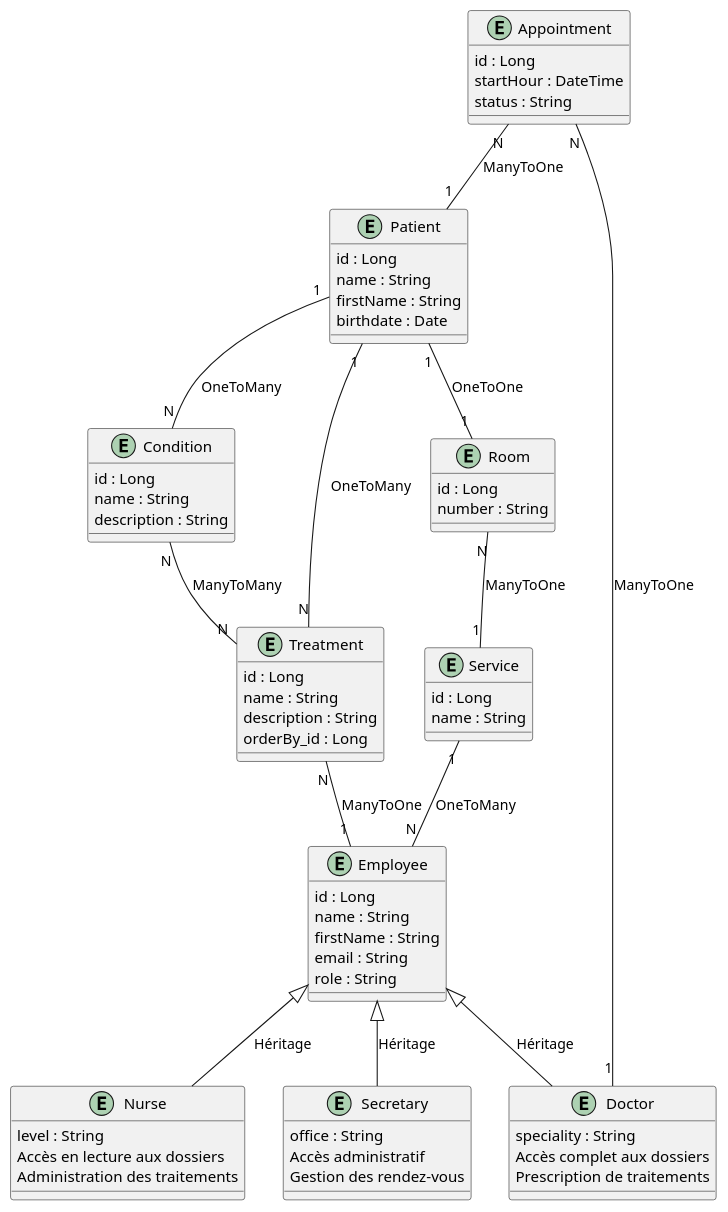
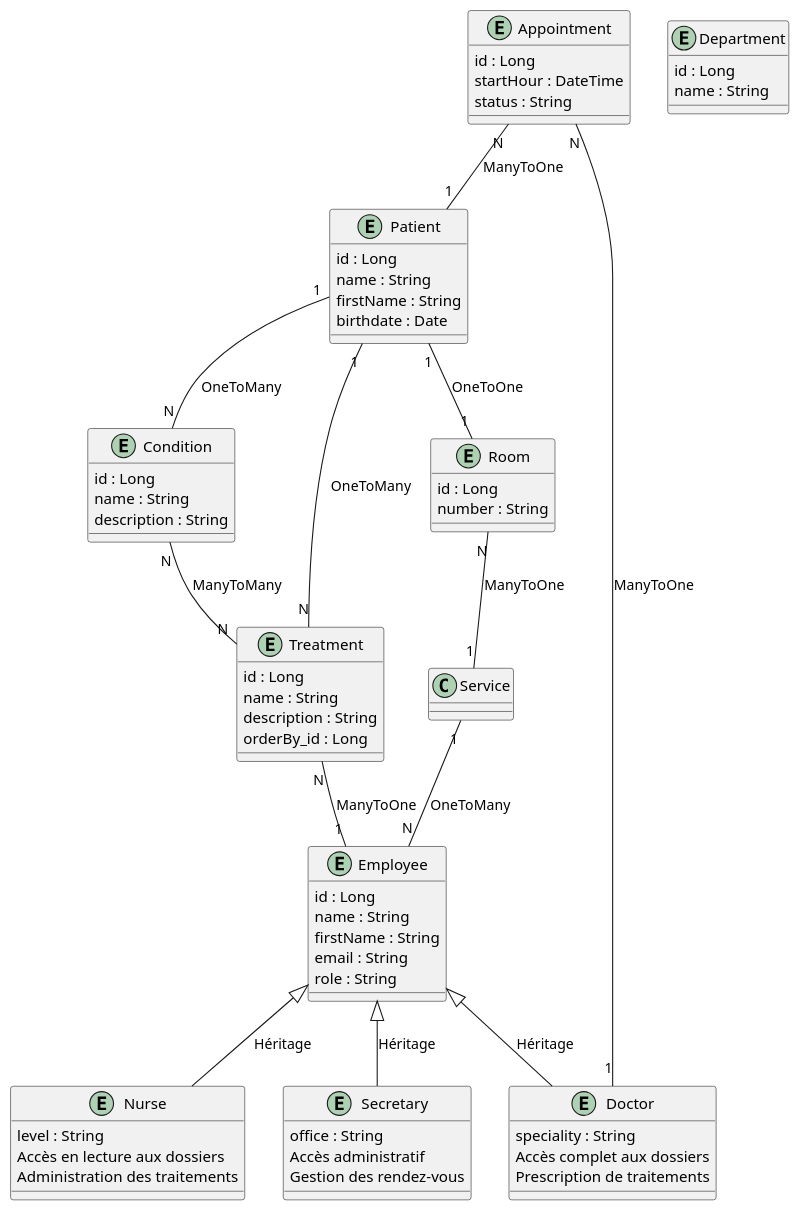
Before and after one commit to AToubeau/gestion_hopital: the diagram in src/main/resources/analysis/hopital.puml, drawn with PlantUML. The commit also changed 8 other files, not shown here.

```diff
--- a/src/main/resources/analysis/hopital.puml
+++ b/src/main/resources/analysis/hopital.puml
@@ -1,78 +1,78 @@
 @startuml
 entity Patient {
   id : Long
   name : String
   firstName : String
   birthdate : Date
 }
 
 entity Condition {
   id : Long
   name : String
   description : String
 }
 
 entity Treatment {
   id : Long
   name : String
   description : String
   orderBy_id : Long
 }
 
 entity Room {
   id : Long
   number : String
 }
 
-entity Service {
+entity Department {
   id : Long
   name : String
 }
 
 entity Appointment {
   id : Long
   startHour : DateTime
   status : String
 }
 
 entity Employee {
   id : Long
   name : String
   firstName : String
   email : String
   role : String
 }
 
 entity Doctor {
   speciality : String
   Accès complet aux dossiers
   Prescription de traitements
 }
 
 entity Nurse {
   level : String
   Accès en lecture aux dossiers
   Administration des traitements
 }
 
 entity Secretary {
   office : String
   Accès administratif
   Gestion des rendez-vous
 }
 
 Patient "1" -- "1" Room : OneToOne
 Patient "1" -- "N" Condition : OneToMany
 Patient "1" -- "N" Treatment : OneToMany
 Condition "N" -- "N" Treatment : ManyToMany
 Treatment "N" -- "1" Employee : ManyToOne
 Room "N" -- "1" Service : ManyToOne
 Service "1" -- "N" Employee : OneToMany
 
 Employee <|-- Doctor : Héritage
 Employee <|-- Nurse : Héritage
 Employee <|-- Secretary : Héritage
 
 Appointment "N" -- "1" Patient : ManyToOne
 Appointment "N" -- "1" Doctor : ManyToOne
 @enduml
```
